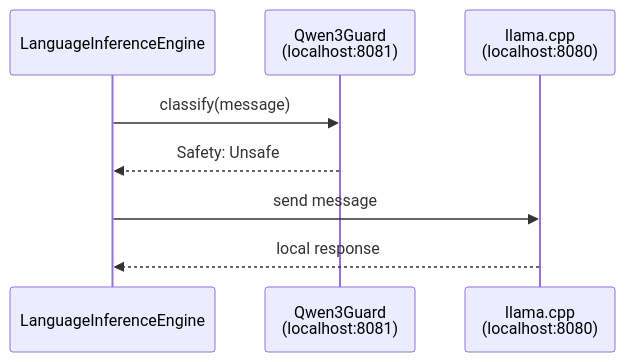
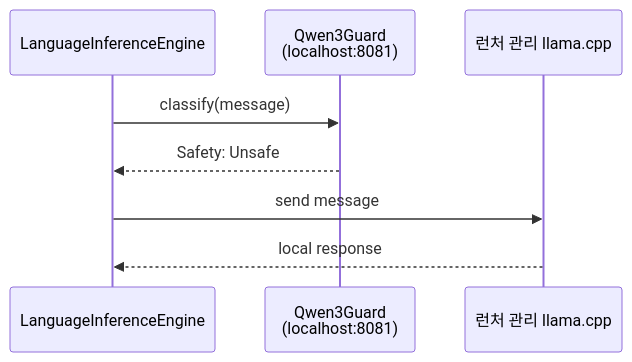
The third of 3 diagrams in docs/llm-guard-flow.md (gnh1201/welsonjs), drawn with Mermaid before and after one commit. The commit also changed other lines of this file and 6 other files, not shown here.

First line of the commit message:
Manage llama.cpp through launcher API

````diff
--- a/docs/llm-guard-flow.md
+++ b/docs/llm-guard-flow.md
@@ -86,11 +86,11 @@
 ```mermaid
 sequenceDiagram
     participant Engine as LanguageInferenceEngine
     participant Guard as Qwen3Guard<br/>(localhost:8081)
-    participant Local as llama.cpp<br/>(localhost:8080)
+    participant Local as 런처 관리 llama.cpp
 
     Engine->>Guard: classify(message)
     Guard-->>Engine: Safety: Unsafe
     Engine->>Local: send message
     Local-->>Engine: local response
 ```
````
